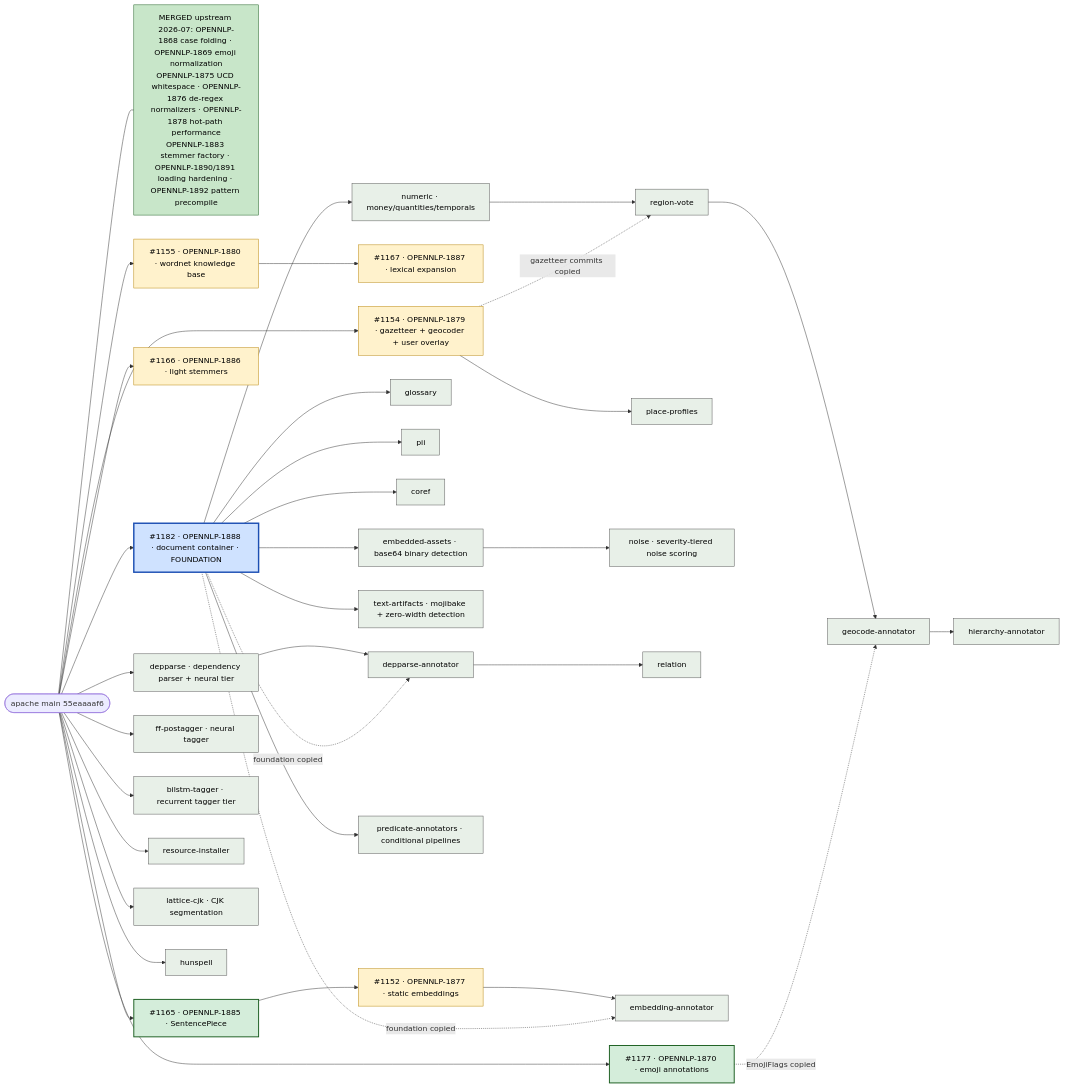
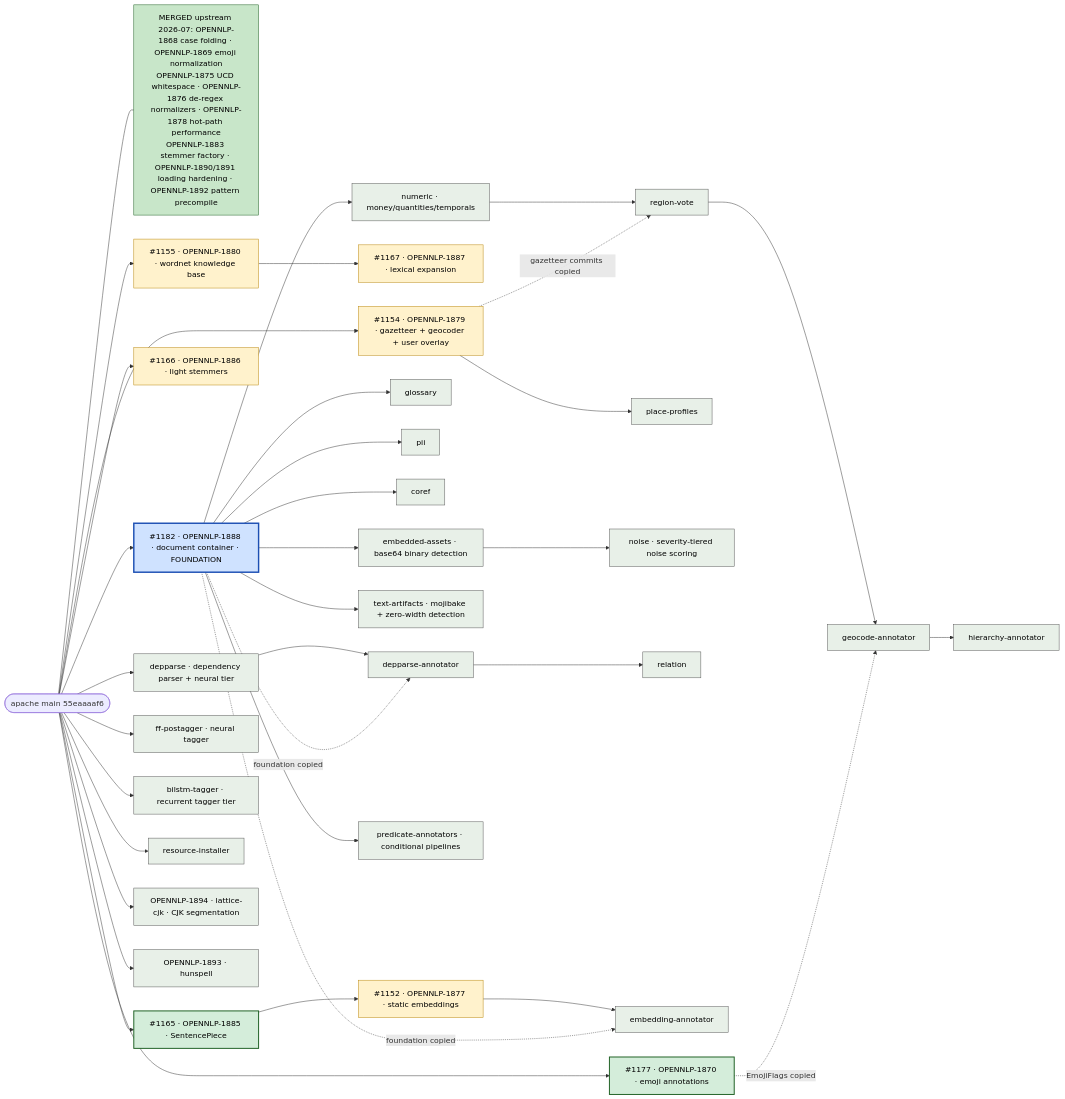
Before and after one commit to ai-pipestream/opennlp: the diagram in RESEARCH_BRANCHES.md, drawn with Mermaid. The commit also changed other lines of this file, not shown here.

Commit message:
RESEARCH_BRANCHES.md: record OPENNLP-1893 (hunspell) and OPENNLP-1894 (lattice-cjk)

````diff
--- a/RESEARCH_BRANCHES.md
+++ b/RESEARCH_BRANCHES.md
@@ -9,63 +9,63 @@
 ```mermaid
 flowchart LR
   main([apache main 55eaaaaf6])
 
   merged["MERGED upstream 2026-07: OPENNLP-1868 case folding · OPENNLP-1869 emoji normalization<br/>OPENNLP-1875 UCD whitespace · OPENNLP-1876 de-regex normalizers · OPENNLP-1878 hot-path performance<br/>OPENNLP-1883 stemmer factory · OPENNLP-1890/1891 loading hardening · OPENNLP-1892 pattern precompile"]
   main --- merged
 
   %% ---- open pull requests against apache/opennlp ----
   main --> p1177["#1177 · OPENNLP-1870 · emoji annotations"]
   main --> p1182["#1182 · OPENNLP-1888 · document container · FOUNDATION"]
   main --> d1154["#1154 · OPENNLP-1879 · gazetteer + geocoder + user overlay"]
   main --> d1155["#1155 · OPENNLP-1880 · wordnet knowledge base"]
   d1155 --> d1167["#1167 · OPENNLP-1887 · lexical expansion"]
   main --> d1166["#1166 · OPENNLP-1886 · light stemmers"]
   main --> d1165["#1165 · OPENNLP-1885 · SentencePiece"]
   d1165 --> d1152["#1152 · OPENNLP-1877 · static embeddings"]
 
   %% ---- staged engines (this fork only) ----
   main --> depp["depparse · dependency parser + neural tier"]
   main --> fftag["ff-postagger · neural tagger"]
   main --> bilstm["bilstm-tagger · recurrent tagger tier"]
   main --> inst["resource-installer"]
-  main --> cjk["lattice-cjk · CJK segmentation"]
-  main --> huns["hunspell"]
+  main --> cjk["OPENNLP-1894 · lattice-cjk · CJK segmentation"]
+  main --> huns["OPENNLP-1893 · hunspell"]
   d1154 --> prof["place-profiles"]
 
   %% ---- staged annotators over the document container ----
   p1182 --> glos["glossary"]
   p1182 --> pii["pii"]
   p1182 --> coref["coref"]
   p1182 --> num["numeric · money/quantities/temporals"]
 
   %% ---- text-hygiene pack over the document container ----
   p1182 --> tart["text-artifacts · mojibake + zero-width detection"]
   p1182 --> asset["embedded-assets · base64 binary detection"]
   asset --> noiz["noise · severity-tiered noise scoring"]
   p1182 --> pred["predicate-annotators · conditional pipelines"]
 
   depp --> deppa["depparse-annotator"]
   p1182 -. foundation copied .-> deppa
   deppa --> rel["relation"]
 
   d1152 --> emb["embedding-annotator"]
   p1182 -. foundation copied .-> emb
 
   num --> rvote["region-vote"]
   d1154 -. gazetteer commits copied .-> rvote
   rvote --> geo["geocode-annotator"]
   p1177 -. EmojiFlags copied .-> geo
   geo --> hier["hierarchy-annotator"]
 
   classDef mergedC fill:#c8e6c9,stroke:#1b5e20,color:#000;
   classDef ready fill:#d4edda,stroke:#1b5e20,color:#000,stroke-width:2px;
   classDef draft fill:#fff2cc,stroke:#b8860b,color:#000;
   classDef foundation fill:#cfe2ff,stroke:#1c4fb3,color:#000,stroke-width:3px;
   classDef cut fill:#e8f0e8,stroke:#555,color:#000;
 
   class merged mergedC;
   class p1177,d1165 ready;
   class d1152,d1154,d1155,d1166,d1167 draft;
   class p1182 foundation;
   class depp,fftag,bilstm,inst,cjk,huns,prof,glos,pii,coref,num,tart,asset,noiz,pred,deppa,rel,geo,hier,rvote,emb cut;
 ```
````
